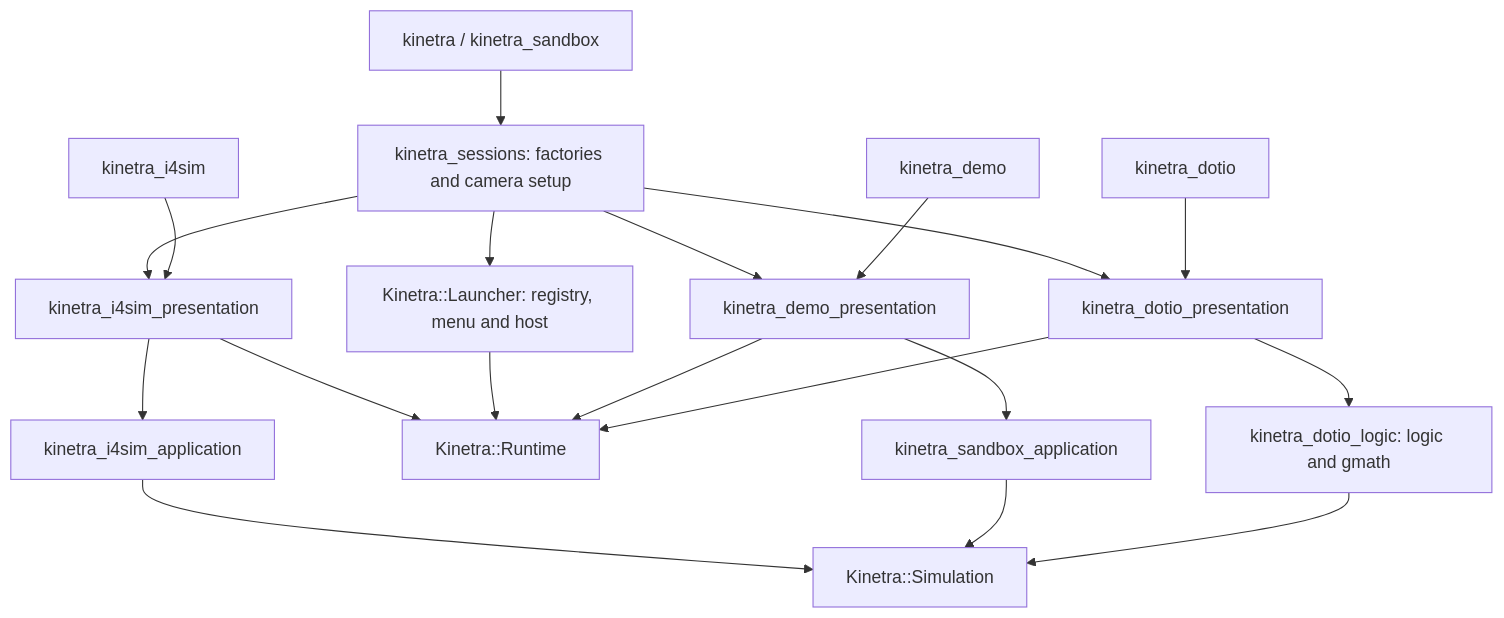
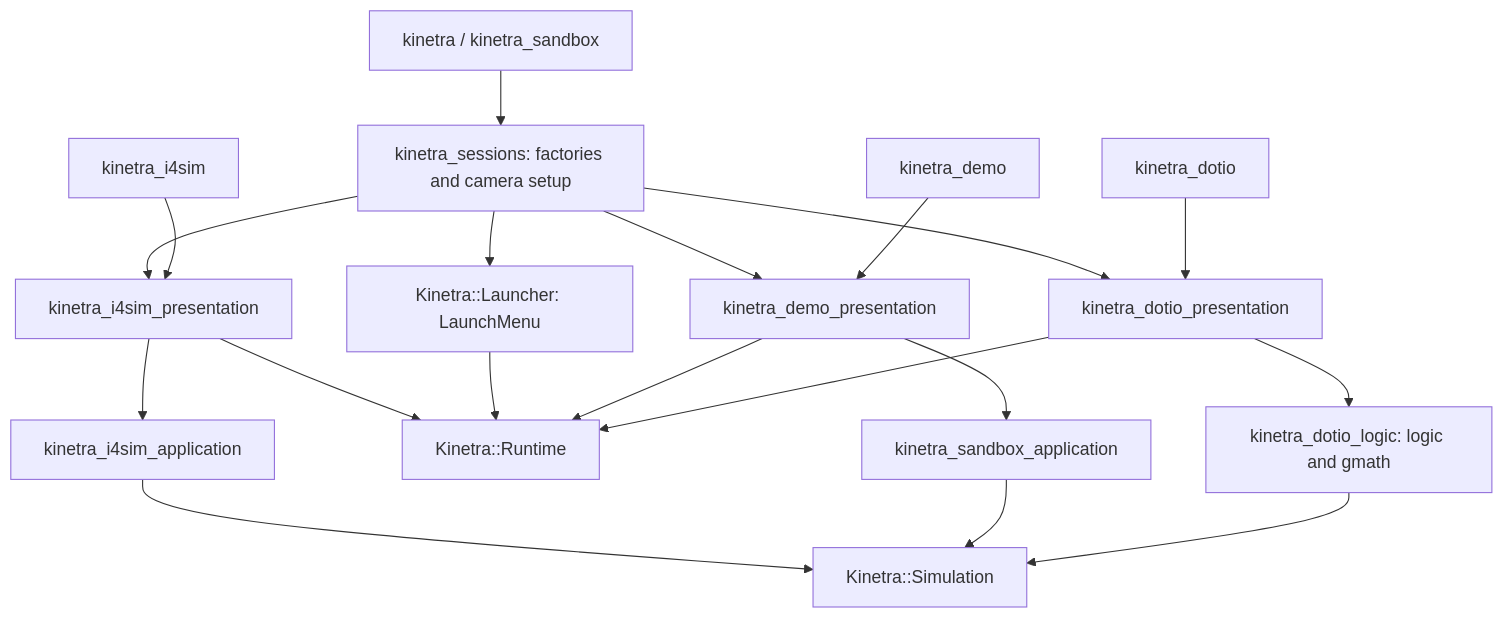
One commit to SMB-M87/Kinetra-Lab changed the first of 2 diagrams in docs/architecture.md. Above: the diagram before and after it, drawn with Mermaid. The commit also changed other lines of this file and 2 other files, not shown here.

First line of the commit message:
docs(launcher): describe the Lab loop that actually owns sessions

````diff
--- a/docs/architecture.md
+++ b/docs/architecture.md
@@ -15,21 +15,21 @@
 ```mermaid
 flowchart TD
     Bundled[kinetra / kinetra_sandbox] --> Sessions[kinetra_sessions: factories and camera setup]
-    Sessions --> Launcher[Kinetra::Launcher: registry, menu and host]
+    Sessions --> Launcher[Kinetra::Launcher: LaunchMenu]
     Sessions --> Demo[kinetra_demo_presentation]
     Sessions --> Dotio[kinetra_dotio_presentation]
     Sessions --> Factory[kinetra_i4sim_presentation]
     FactoryExe[kinetra_i4sim] --> Factory
     Factory --> FactoryLogic[kinetra_i4sim_application]
     FactoryLogic --> Sim
     Factory --> Runtime
     DemoExe[kinetra_demo] --> Demo
     DotioExe[kinetra_dotio] --> Dotio
     Demo --> Sandbox[kinetra_sandbox_application]
     Dotio --> Logic[kinetra_dotio_logic: logic and gmath]
     Sandbox --> Sim[Kinetra::Simulation]
     Logic --> Sim
     Launcher --> Runtime[Kinetra::Runtime]
     Demo --> Runtime
     Dotio --> Runtime
 ```
````
